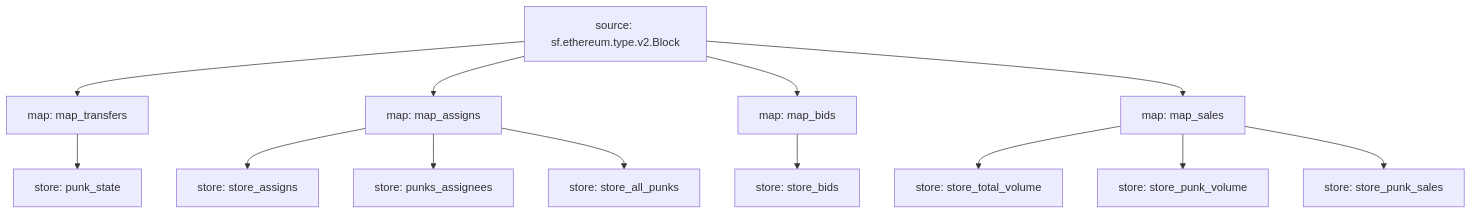
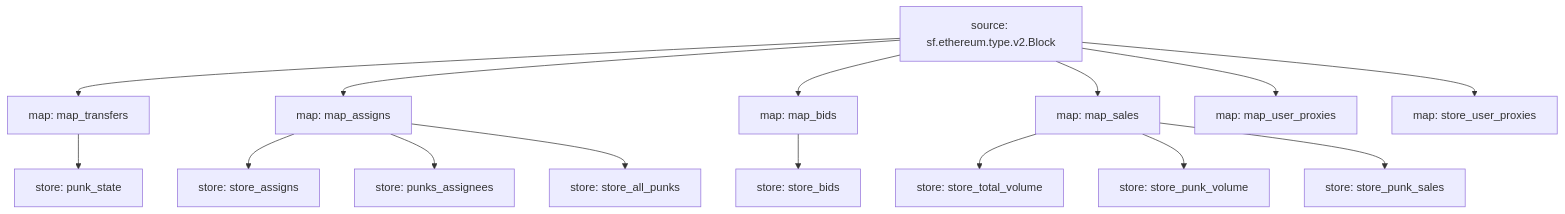
The diagram in README.md (itsjerryokolo/cryptopunks_substreams), drawn with Mermaid before and after one commit. The commit also changed 6 other files, not shown here.

````diff
--- a/README.md
+++ b/README.md
@@ -3,27 +3,31 @@
 ```mermaid
 graph TD;
   map_transfers[map: map_transfers]
   sf.ethereum.type.v2.Block[source: sf.ethereum.type.v2.Block] --> map_transfers
   punk_state[store: punk_state]
   map_transfers --> punk_state
   map_assigns[map: map_assigns]
   sf.ethereum.type.v2.Block[source: sf.ethereum.type.v2.Block] --> map_assigns
   store_assigns[store: store_assigns]
   map_assigns --> store_assigns
   punks_assignees[store: punks_assignees]
   map_assigns --> punks_assignees
   map_bids[map: map_bids]
   sf.ethereum.type.v2.Block[source: sf.ethereum.type.v2.Block] --> map_bids
   store_bids[store: store_bids]
   map_bids --> store_bids
   store_all_punks[store: store_all_punks]
   map_assigns --> store_all_punks
   store_total_volume[store: store_total_volume]
   map_sales --> store_total_volume
   store_punk_volume[store: store_punk_volume]
   map_sales --> store_punk_volume
   store_punk_sales[store: store_punk_sales]
   map_sales --> store_punk_sales
   map_sales[map: map_sales]
   sf.ethereum.type.v2.Block[source: sf.ethereum.type.v2.Block] --> map_sales
+  map_user_proxies[map: map_user_proxies]
+  sf.ethereum.type.v2.Block[source: sf.ethereum.type.v2.Block] --> map_user_proxies
+  store_user_proxies[map: store_user_proxies]
+  sf.ethereum.type.v2.Block[source: sf.ethereum.type.v2.Block] --> store_user_proxies
 ```
````
